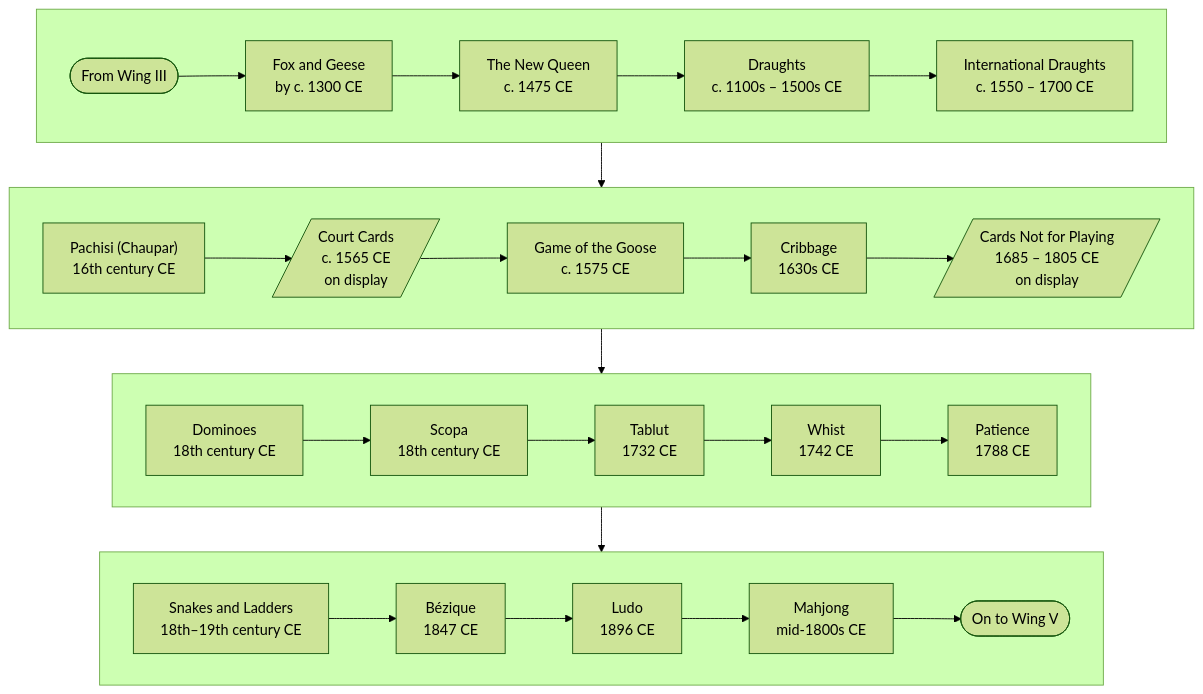
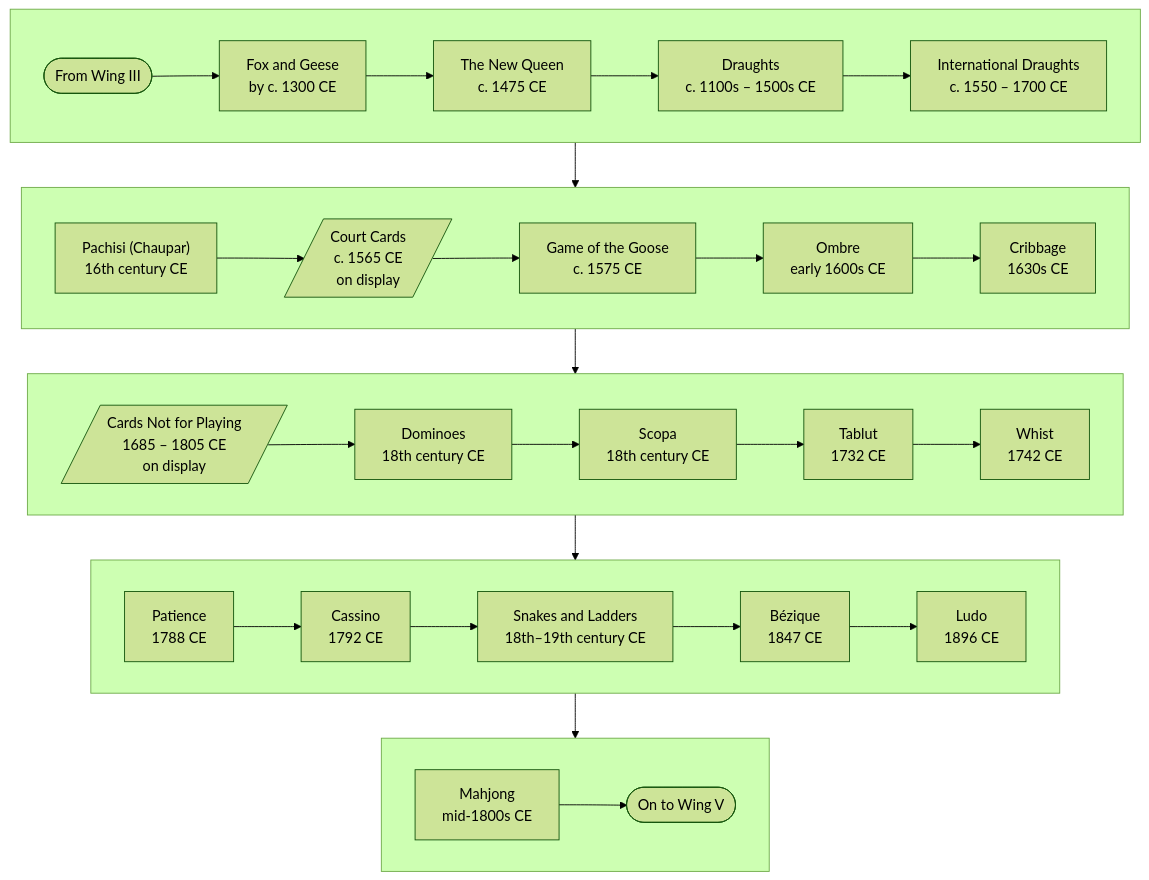
Before and after one commit to CptNope/Librarium-Archives: the seventh of 9 diagrams in docs/games/README.md, drawn with Mermaid (forest theme). The commit also changed other lines of this file and 47 other files, not shown here.

````diff
--- a/docs/games/README.md
+++ b/docs/games/README.md
@@ -317,22 +323,27 @@
 ```mermaid
 flowchart TB
     subgraph r0[" "]
         direction LR
         in(["From Wing III"]) --> foxgeese["Fox and Geese<br/>by c. 1300 CE"] --> newqueen["The New Queen<br/>c. 1475 CE"] --> draughts["Draughts<br/>c. 1100s – 1500s CE"] --> idraughts["International Draughts<br/>c. 1550 – 1700 CE"]
     end
     subgraph r1[" "]
         direction LR
-        pachisi["Pachisi (Chaupar)<br/>16th century CE"] --> courtcards[/"Court Cards<br/>c. 1565 CE<br/>on display"/] --> goose["Game of the Goose<br/>c. 1575 CE"] --> cribbage["Cribbage<br/>1630s CE"] --> notforplay[/"Cards Not for Playing<br/>1685 – 1805 CE<br/>on display"/]
+        pachisi["Pachisi (Chaupar)<br/>16th century CE"] --> courtcards[/"Court Cards<br/>c. 1565 CE<br/>on display"/] --> goose["Game of the Goose<br/>c. 1575 CE"] --> ombre["Ombre<br/>early 1600s CE"] --> cribbage["Cribbage<br/>1630s CE"]
     end
     subgraph r2[" "]
         direction LR
-        dominoes["Dominoes<br/>18th century CE"] --> scopa["Scopa<br/>18th century CE"] --> tablut["Tablut<br/>1732 CE"] --> whist["Whist<br/>1742 CE"] --> patience["Patience<br/>1788 CE"]
+        notforplay[/"Cards Not for Playing<br/>1685 – 1805 CE<br/>on display"/] --> dominoes["Dominoes<br/>18th century CE"] --> scopa["Scopa<br/>18th century CE"] --> tablut["Tablut<br/>1732 CE"] --> whist["Whist<br/>1742 CE"]
     end
     subgraph r3[" "]
         direction LR
-        snakes["Snakes and Ladders<br/>18th–19th century CE"] --> bezique["Bézique<br/>1847 CE"] --> ludo["Ludo<br/>1896 CE"] --> mahjong["Mahjong<br/>mid-1800s CE"] --> out(["On to Wing V"])
+        patience["Patience<br/>1788 CE"] --> cassino["Cassino<br/>1792 CE"] --> snakes["Snakes and Ladders<br/>18th–19th century CE"] --> bezique["Bézique<br/>1847 CE"] --> ludo["Ludo<br/>1896 CE"]
+    end
+    subgraph r4[" "]
+        direction LR
+        mahjong["Mahjong<br/>mid-1800s CE"] --> out(["On to Wing V"])
     end
     r0 --> r1
     r1 --> r2
     r2 --> r3
+    r3 --> r4
 ```
````
